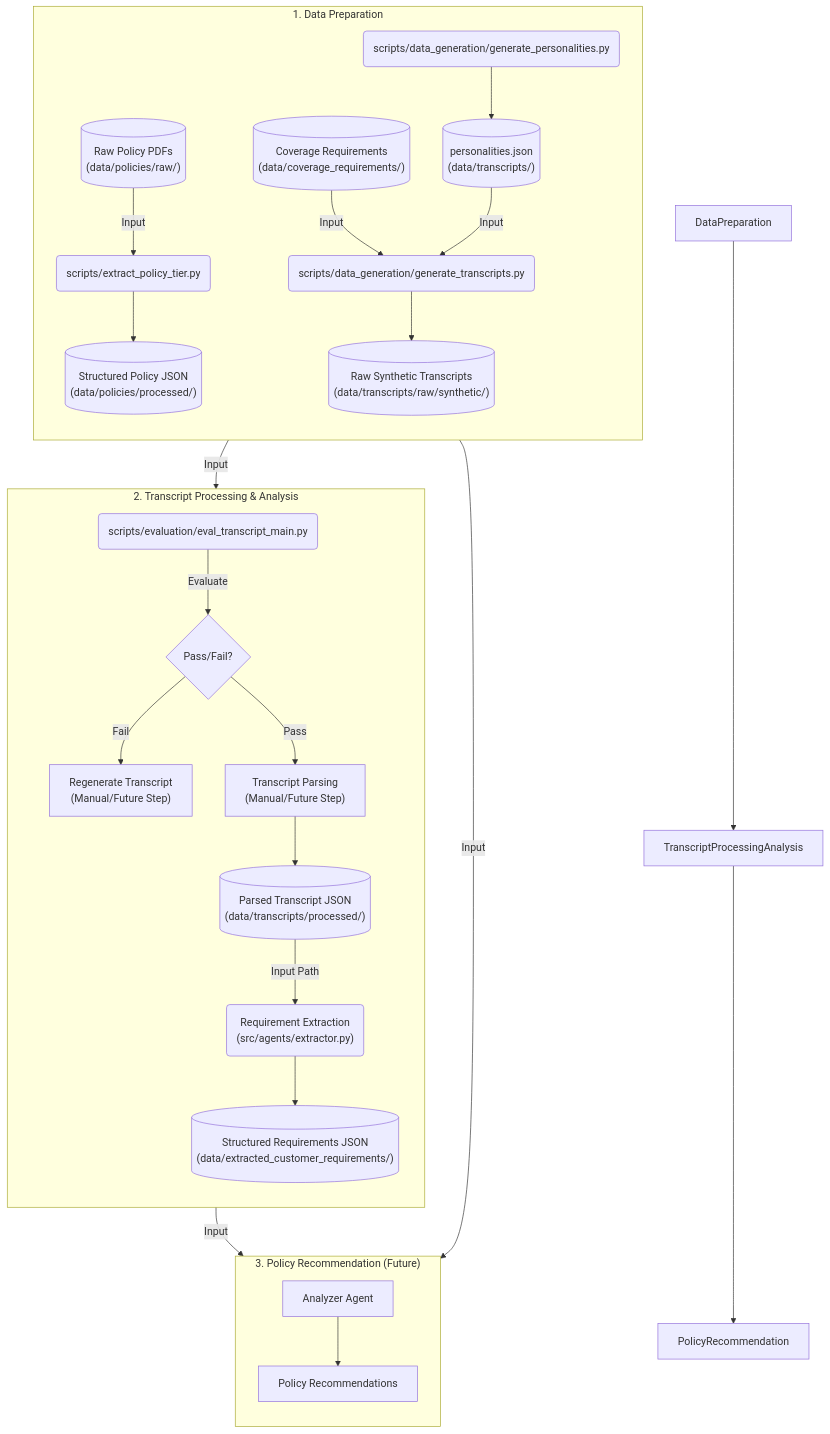
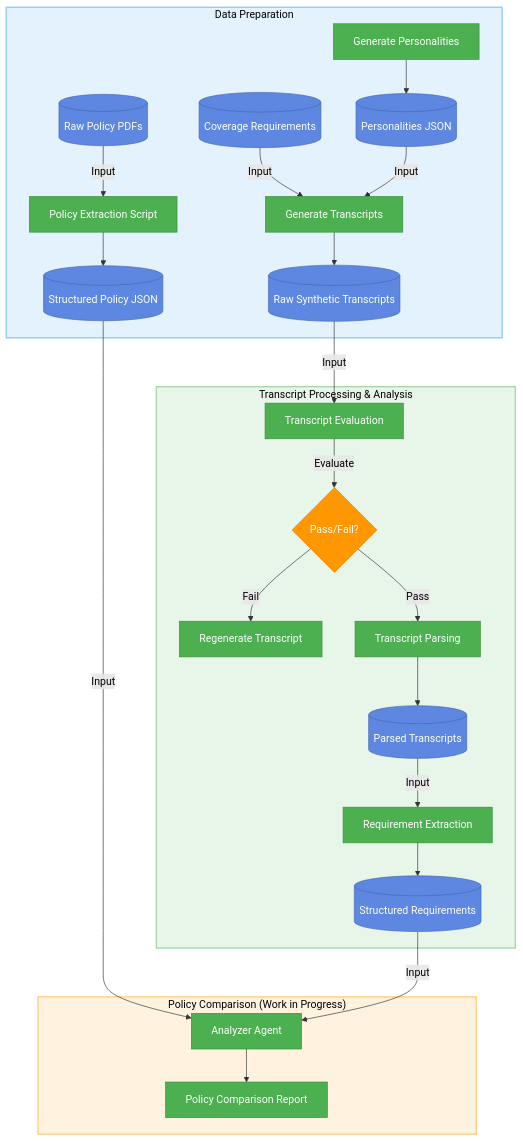
Before and after one commit to DesmondChoy/mtech-policy-recsys: the diagram in README.md, drawn with Mermaid.

Commit message:
fixed mermaid diag

````diff
--- a/README.md
+++ b/README.md
@@ -21,34 +21,50 @@
 ```mermaid
 flowchart TD
-    subgraph "1. Data Preparation"
-        direction TB
-        RawPolicies[("Raw Policy PDFs\n(data/policies/raw/)")] -->|Input| ExtractScript("scripts/extract_policy_tier.py")
-        ExtractScript --> ProcessedPolicies[("Structured Policy JSON\n(data/policies/processed/)")]
+    %% Modern color scheme with improved text contrast
+    classDef dataNode fill:#5D87E1,stroke:#4668B0,color:white,stroke-width:1px
+    classDef processNode fill:#4CAF50,stroke:#388E3C,color:white,stroke-width:1px
+    classDef decisionNode fill:#FF9800,stroke:#F57C00,color:white,stroke-width:1px
+    
+    %% Subgraph styling with black text
+    classDef prepSubgraph fill:#E3F2FD,stroke:#90CAF9,color:black,stroke-width:2px
+    classDef processSubgraph fill:#E8F5E9,stroke:#A5D6A7,color:black,stroke-width:2px
+    classDef comparisonSubgraph fill:#FFF3E0,stroke:#FFCC80,color:black,stroke-width:2px
+    
+    %% Edge styling with black text
+    linkStyle default color:black
 
-        GenPersonalities("scripts/data_generation/generate_personalities.py") --> PersonalitiesJSON[("personalities.json\n(data/transcripts/)")]
-        CoverageReqs[("Coverage Requirements\n(data/coverage_requirements/)")] -->|Input| GenTranscripts
-        PersonalitiesJSON -->|Input| GenTranscripts("scripts/data_generation/generate_transcripts.py")
-        GenTranscripts --> RawTranscripts[("Raw Synthetic Transcripts\n(data/transcripts/raw/synthetic/)")]
+    subgraph prep["Data Preparation"]
+        RawPolicies[("Raw Policy PDFs")] -->|Input| ExtractScript["Policy Extraction Script"]
+        ExtractScript --> ProcessedPolicies[("Structured Policy JSON")]
+
+        GenPersonalities["Generate Personalities"] --> PersonalitiesJSON[("Personalities JSON")]
+        CoverageReqs[("Coverage Requirements")] -->|Input| GenTranscripts["Generate Transcripts"]
+        PersonalitiesJSON -->|Input| GenTranscripts
+        GenTranscripts --> RawTranscripts[("Raw Synthetic Transcripts")]
     end
 
-    subgraph "2. Transcript Processing & Analysis"
-        direction TB
-        RawTranscripts -->|Input| TranscriptEval("scripts/evaluation/eval_transcript_main.py")
+    subgraph process["Transcript Processing & Analysis"]
+        RawTranscripts -->|Input| TranscriptEval["Transcript Evaluation"]
         TranscriptEval -->|Evaluate| EvalDecision{Pass/Fail?}
-        EvalDecision -->|Fail| Regenerate["Regenerate Transcript\n(Manual/Future Step)"]
-        EvalDecision -->|Pass| TranscriptParsing["Transcript Parsing\n(Manual/Future Step)"]
-        TranscriptParsing --> ParsedTranscripts[("Parsed Transcript JSON\n(data/transcripts/processed/)")]
-        ParsedTranscripts -->|Input Path| RequirementExtraction("Requirement Extraction\n(src/agents/extractor.py)")
-        RequirementExtraction --> StructuredReqs[("Structured Requirements JSON\n(data/extracted_customer_requirements/)")]
+        EvalDecision -->|Fail| Regenerate["Regenerate Transcript"]
+        EvalDecision -->|Pass| TranscriptParsing["Transcript Parsing"]
+        TranscriptParsing --> ParsedTranscripts[("Parsed Transcripts")]
+        ParsedTranscripts -->|Input| RequirementExtraction["Requirement Extraction"]
+        RequirementExtraction --> StructuredReqs[("Structured Requirements")]
     end
 
-    subgraph "3. Policy Recommendation (Future)"
-        direction TB
+    subgraph comparison["Policy Comparison (Work in Progress)"]
         ProcessedPolicies -->|Input| AnalyzerAgent["Analyzer Agent"]
         StructuredReqs -->|Input| AnalyzerAgent
-        AnalyzerAgent --> Recommendations["Policy Recommendations"]
+        AnalyzerAgent --> ComparisonReport["Policy Comparison Report"]
     end
 
-    DataPreparation --> TranscriptProcessingAnalysis
-    TranscriptProcessingAnalysis --> PolicyRecommendation
+    %% Apply styles
+    class RawPolicies,ProcessedPolicies,PersonalitiesJSON,CoverageReqs,RawTranscripts,ParsedTranscripts,StructuredReqs dataNode
+    class ExtractScript,GenPersonalities,GenTranscripts,TranscriptEval,TranscriptParsing,RequirementExtraction,AnalyzerAgent,ComparisonReport,Regenerate processNode
+    class EvalDecision decisionNode
+    
+    class prep prepSubgraph
+    class process processSubgraph
+    class comparison comparisonSubgraph
 ```
````
